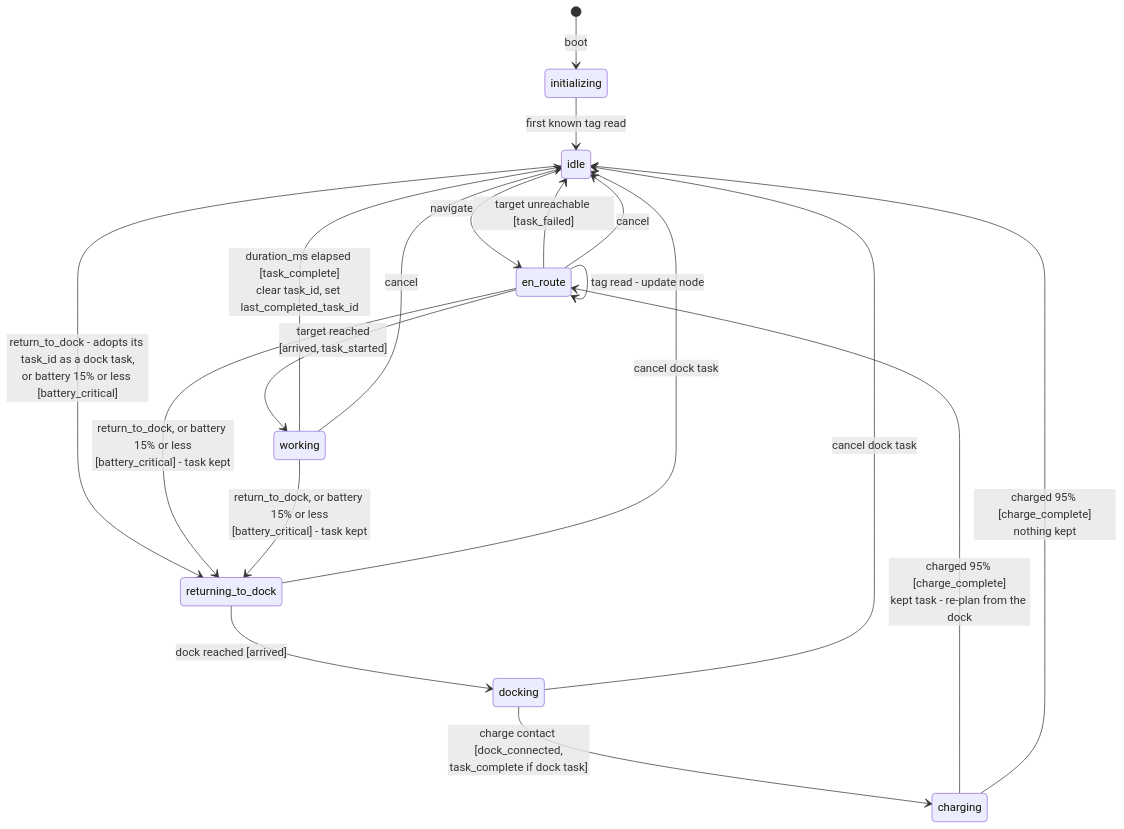
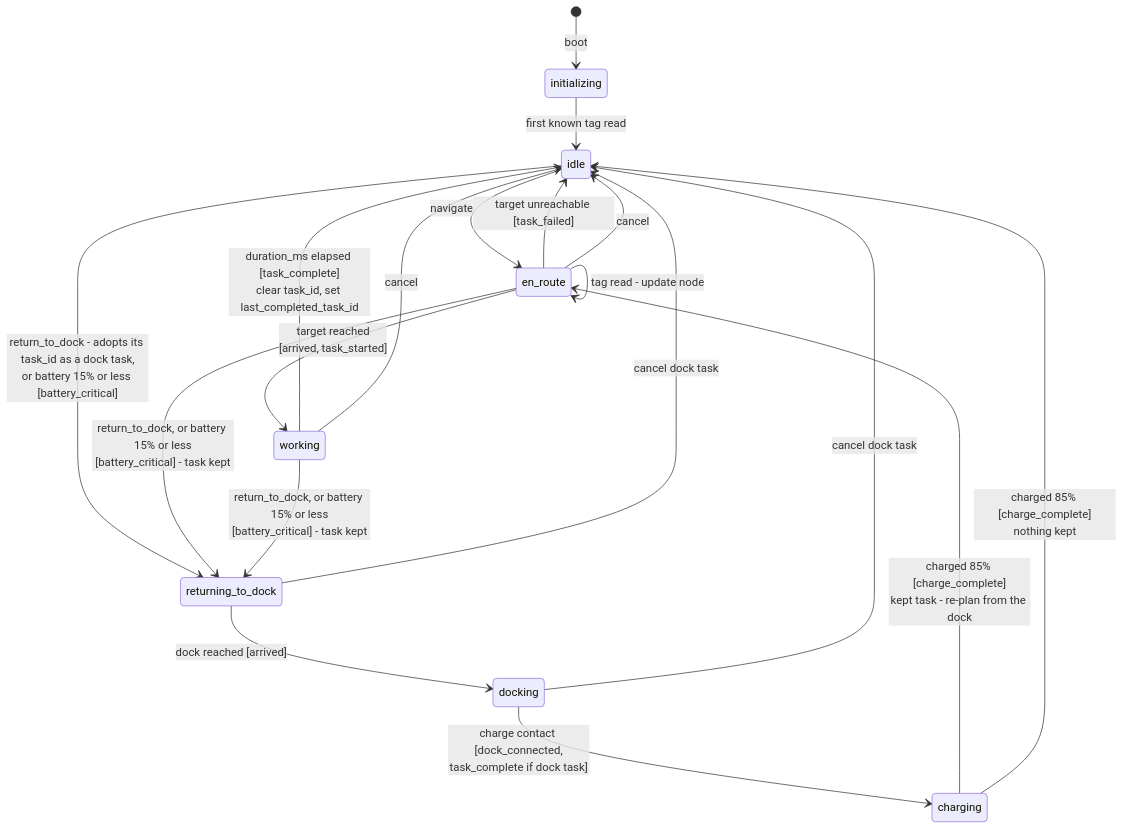
The first of 2 diagrams in firmware/esp32/docs/state-machine.md (Ca1eb9/verdant-os), drawn with Mermaid before and after one commit. The commit also changed other lines of this file and 21 other files, not shown here.

````diff
--- a/firmware/esp32/docs/state-machine.md
+++ b/firmware/esp32/docs/state-machine.md
@@ -13,24 +13,24 @@
 ```mermaid
 stateDiagram-v2
     [*] --> initializing : boot
 
     initializing --> idle : first known tag read
 
     idle --> en_route : navigate
     en_route --> en_route : tag read - update node
     en_route --> working : target reached<br/>[arrived, task_started]
     working --> idle : duration_ms elapsed [task_complete]<br/>clear task_id, set last_completed_task_id
     en_route --> idle : target unreachable [task_failed]
     en_route --> idle : cancel
     working --> idle : cancel
 
     idle --> returning_to_dock : return_to_dock - adopts its task_id as a dock task,<br/>or battery 15% or less [battery_critical]
     en_route --> returning_to_dock : return_to_dock, or battery 15% or less<br/>[battery_critical] - task kept
     working --> returning_to_dock : return_to_dock, or battery 15% or less<br/>[battery_critical] - task kept
     returning_to_dock --> docking : dock reached [arrived]
     docking --> charging : charge contact [dock_connected,<br/>task_complete if dock task]
     returning_to_dock --> idle : cancel dock task
     docking --> idle : cancel dock task
-    charging --> en_route : charged 95% [charge_complete]<br/>kept task - re-plan from the dock
-    charging --> idle : charged 95% [charge_complete]<br/>nothing kept
+    charging --> en_route : charged 85% [charge_complete]<br/>kept task - re-plan from the dock
+    charging --> idle : charged 85% [charge_complete]<br/>nothing kept
 ```
````
